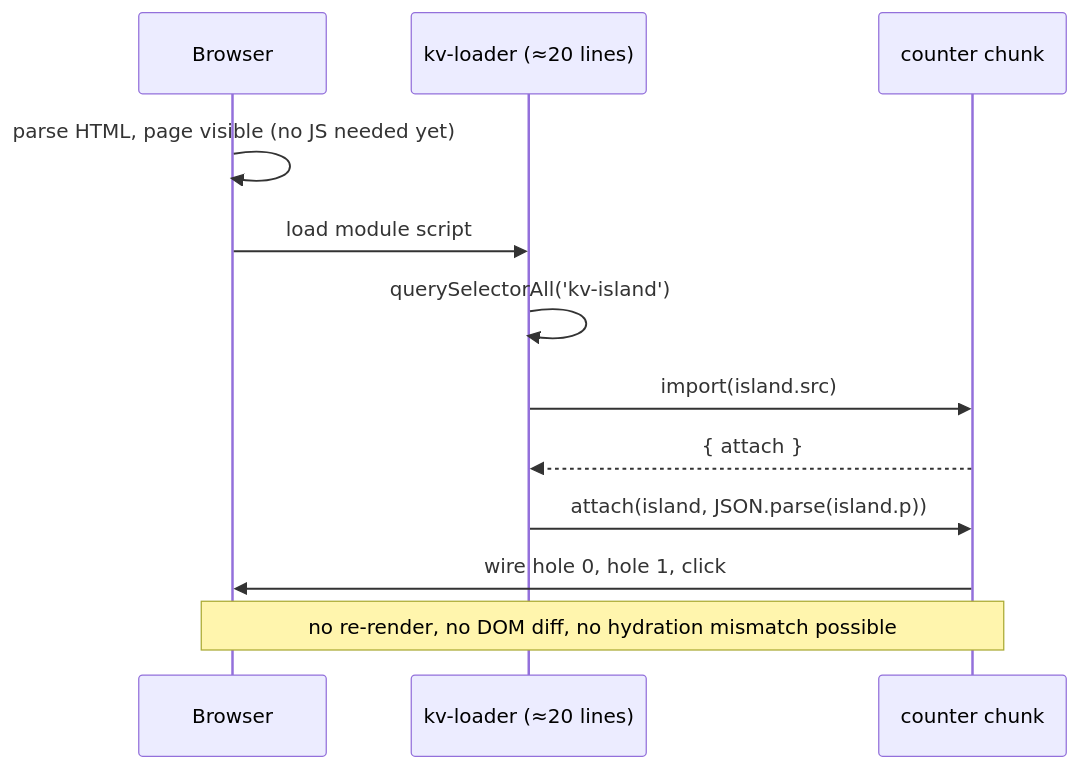
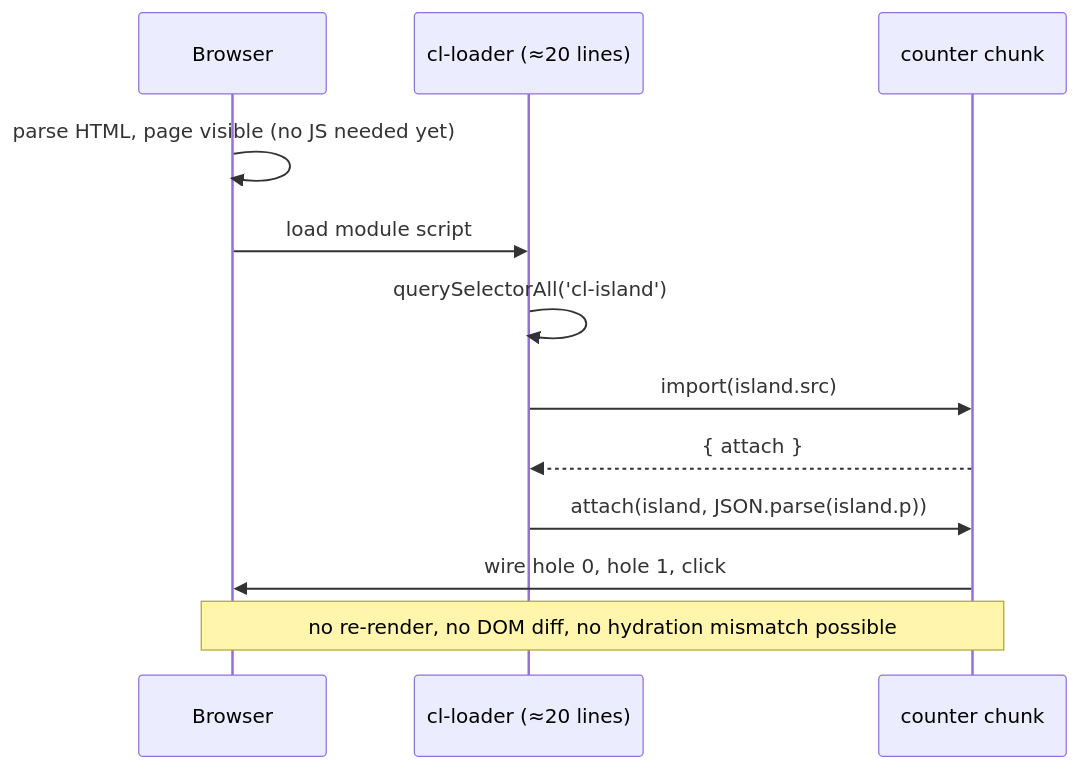
Before and after one commit to forinda/clarusjs: the third of 8 diagrams in docs/architecture.md, drawn with Mermaid. The commit also changed other lines of this file and 31 other files, not shown here.

````diff
--- a/docs/architecture.md
+++ b/docs/architecture.md
@@ -232,14 +232,14 @@
 ```mermaid
 sequenceDiagram
   participant B as Browser
-  participant L as kv-loader (≈20 lines)
+  participant L as cl-loader (≈20 lines)
   participant C as counter chunk
   B->>B: parse HTML, page visible (no JS needed yet)
   B->>L: load module script
-  L->>L: querySelectorAll('kv-island')
+  L->>L: querySelectorAll('cl-island')
   L->>C: import(island.src)
   C-->>L: { attach }
   L->>C: attach(island, JSON.parse(island.p))
   C->>B: wire hole 0, hole 1, click
   Note over B,C: no re-render, no DOM diff, no hydration mismatch possible
 ```
````
